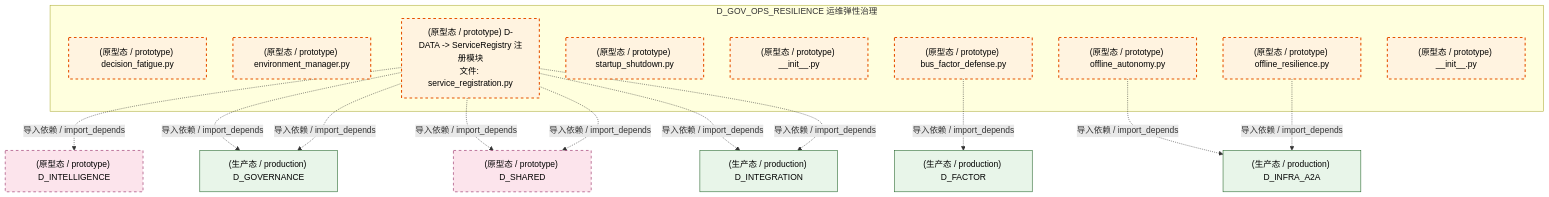
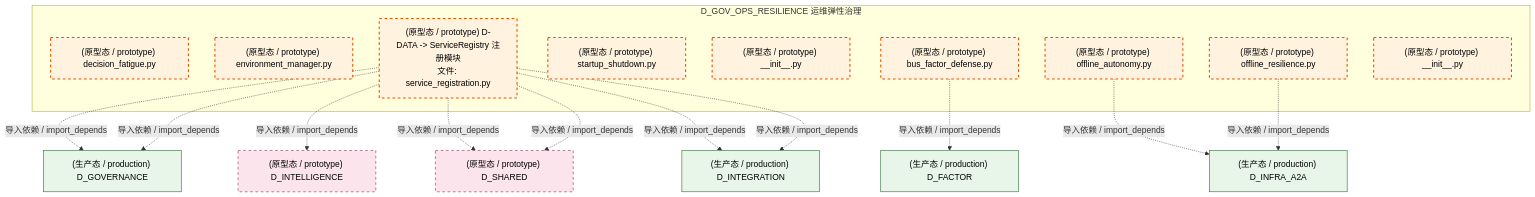
The fifth of 6 diagrams in docs/02_enterprise_architecture/02_domain_architecture_docs/17_d_gov_ops_resilience.md (xuanFelixVan/ZephyrAlpha), drawn with Mermaid before and after one commit. The commit also changed other lines of this file and 89 other files, not shown here.

````diff
--- a/docs/02_enterprise_architecture/02_domain_architecture_docs/17_d_gov_ops_resilience.md
+++ b/docs/02_enterprise_architecture/02_domain_architecture_docs/17_d_gov_ops_resilience.md
@@ -566,37 +568,37 @@
 ```mermaid
 graph TD
     subgraph D_GOV_OPS_RESILIENCE["D_GOV_OPS_RESILIENCE 运维弹性治理"]
         src_zephyr_governance_ops_governance_decision_fatigue_py["(原型态 / prototype) decision_fatigue.py"]
         src_zephyr_governance_ops_governance_environment_manager_py["(原型态 / prototype) environment_manager.py"]
         src_zephyr_governance_ops_governance_service_registration_py["(原型态 / prototype) D-DATA -> ServiceRegistry 注册模块<br/>文件: service_registration.py"]
         src_zephyr_governance_ops_governance_startup_shutdown_py["(原型态 / prototype) startup_shutdown.py"]
         src_zephyr_governance_resilience_governance_init_py["(原型态 / prototype) __init__.py"]
         src_zephyr_governance_resilience_governance_bus_factor_defense_py["(原型态 / prototype) bus_factor_defense.py"]
         src_zephyr_governance_resilience_governance_offline_autonomy_py["(原型态 / prototype) offline_autonomy.py"]
         src_zephyr_governance_resilience_governance_offline_resilience_py["(原型态 / prototype) offline_resilience.py"]
         src_zephyr_governance_security_governance_init_py["(原型态 / prototype) __init__.py"]
     end
+    D_GOVERNANCE["(生产态 / production) D_GOVERNANCE"]
+    src_zephyr_governance_ops_governance_service_registration_py -.->|导入依赖 / import_depends| D_GOVERNANCE
     D_INTELLIGENCE["(原型态 / prototype) D_INTELLIGENCE"]
     src_zephyr_governance_ops_governance_service_registration_py -.->|导入依赖 / import_depends| D_INTELLIGENCE
-    D_GOVERNANCE["(生产态 / production) D_GOVERNANCE"]
     src_zephyr_governance_ops_governance_service_registration_py -.->|导入依赖 / import_depends| D_GOVERNANCE
+    D_SHARED["(原型态 / prototype) D_SHARED"]
+    src_zephyr_governance_ops_governance_service_registration_py -.->|导入依赖 / import_depends| D_SHARED
     D_INFRA_A2A["(生产态 / production) D_INFRA_A2A"]
     src_zephyr_governance_resilience_governance_offline_autonomy_py -.->|导入依赖 / import_depends| D_INFRA_A2A
-    D_SHARED["(原型态 / prototype) D_SHARED"]
-    src_zephyr_governance_ops_governance_service_registration_py -.->|导入依赖 / import_depends| D_SHARED
-    src_zephyr_governance_ops_governance_service_registration_py -.->|导入依赖 / import_depends| D_GOVERNANCE
     src_zephyr_governance_resilience_governance_offline_resilience_py -.->|导入依赖 / import_depends| D_INFRA_A2A
     src_zephyr_governance_ops_governance_service_registration_py -.->|导入依赖 / import_depends| D_SHARED
     D_FACTOR["(生产态 / production) D_FACTOR"]
     src_zephyr_governance_resilience_governance_bus_factor_defense_py -.->|导入依赖 / import_depends| D_FACTOR
     D_INTEGRATION["(生产态 / production) D_INTEGRATION"]
     src_zephyr_governance_ops_governance_service_registration_py -.->|导入依赖 / import_depends| D_INTEGRATION
     src_zephyr_governance_ops_governance_service_registration_py -.->|导入依赖 / import_depends| D_INTEGRATION
     classDef production fill:#e1f5fe,stroke:#01579b,stroke-width:2px,color:#000
     classDef design fill:#fff3e0,stroke:#e65100,stroke-width:2px,color:#000,stroke-dasharray: 5 5
     classDef external_prod fill:#e8f5e9,stroke:#1b5e20,stroke-width:1px,color:#000
     classDef external_design fill:#fce4ec,stroke:#880e4f,stroke-width:1px,color:#000,stroke-dasharray: 5 5
     class src_zephyr_governance_ops_governance_decision_fatigue_py,src_zephyr_governance_ops_governance_environment_manager_py,src_zephyr_governance_ops_governance_service_registration_py,src_zephyr_governance_ops_governance_startup_shutdown_py,src_zephyr_governance_resilience_governance_init_py,src_zephyr_governance_resilience_governance_bus_factor_defense_py,src_zephyr_governance_resilience_governance_offline_autonomy_py,src_zephyr_governance_resilience_governance_offline_resilience_py,src_zephyr_governance_security_governance_init_py design
     class D_GOVERNANCE,D_INFRA_A2A,D_FACTOR,D_INTEGRATION external_prod
     class D_INTELLIGENCE,D_SHARED external_design
 ```
````
